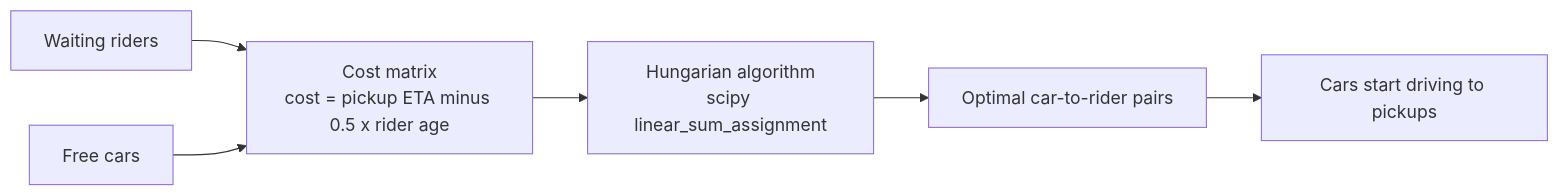
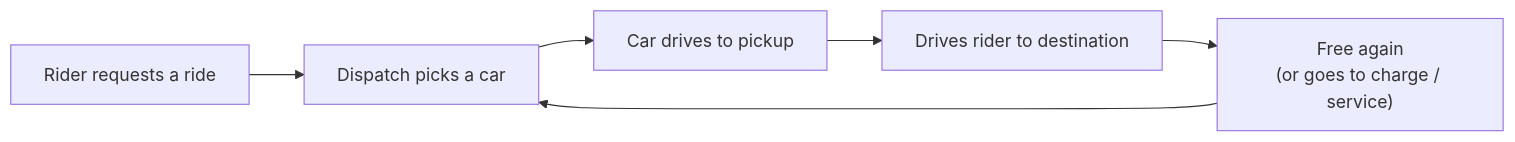
Before and after one commit to Dhillon001/robotaxi-dispatch-sim: the second of 2 diagrams in README.md, drawn with Mermaid. The commit also changed other lines of this file, not shown here.

First line of the commit message:
README: simplify to two diagrams and plain-English explanation; refresh follow-camera docs

````diff
--- a/README.md
+++ b/README.md
@@ -201,8 +77,5 @@
 ```mermaid
 flowchart LR
-  R["Waiting riders"] --> M["Cost matrix<br/>cost = pickup ETA minus 0.5 x rider age"]
-  C["Free cars"] --> M
-  M --> H["Hungarian algorithm<br/>scipy linear_sum_assignment"]
-  H --> A["Optimal car-to-rider pairs"]
-  A --> G["Cars start driving to pickups"]
+  R["Rider requests a ride"] --> D["Dispatch picks a car"] --> P["Car drives to pickup"] --> T["Drives rider to destination"] --> F["Free again<br/>(or goes to charge / service)"]
+  F --> D
 ```
````
